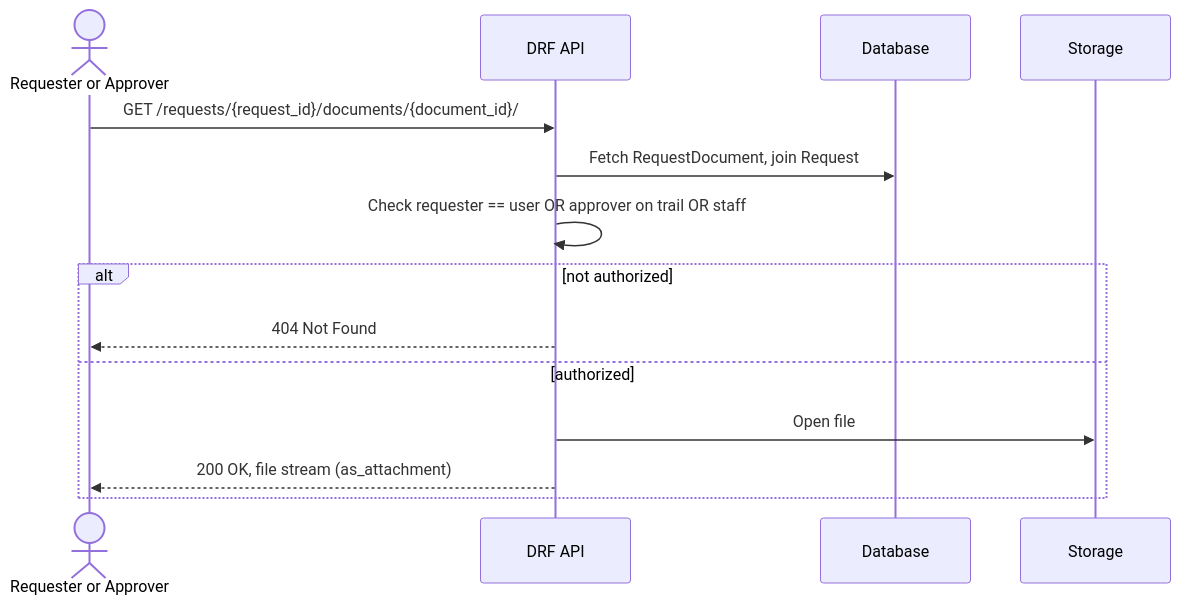
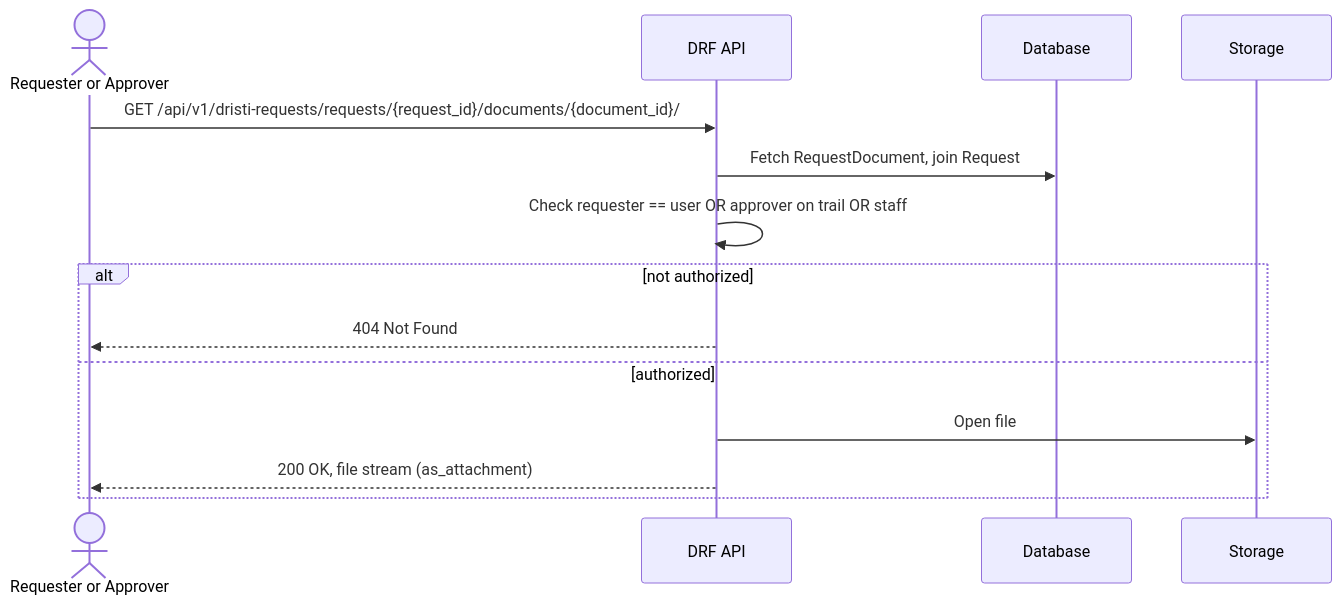
One commit to pucardotorg/dristi-be changed the eighth of 8 diagrams in spec/0010-simple-requests-flow.md. Above: the diagram before and after it, drawn with Mermaid. The commit also changed other lines of this file and 2 other files, not shown here.

Commit message:
Rename APIs endpoint requests with dristi-requests

````diff
--- a/spec/0010-simple-requests-flow.md
+++ b/spec/0010-simple-requests-flow.md
@@ -387,17 +387,17 @@
 ```mermaid
 sequenceDiagram
     actor U as Requester or Approver
     participant API as DRF API
     participant DB as Database
     participant S as Storage
 
-    U->>API: GET /requests/{request_id}/documents/{document_id}/
+    U->>API: GET /api/v1/dristi-requests/requests/{request_id}/documents/{document_id}/
     API->>DB: Fetch RequestDocument, join Request
     API->>API: Check requester == user OR approver on trail OR staff
     alt not authorized
         API-->>U: 404 Not Found
     else authorized
         API->>S: Open file
         API-->>U: 200 OK, file stream (as_attachment)
     end
 ```
````
